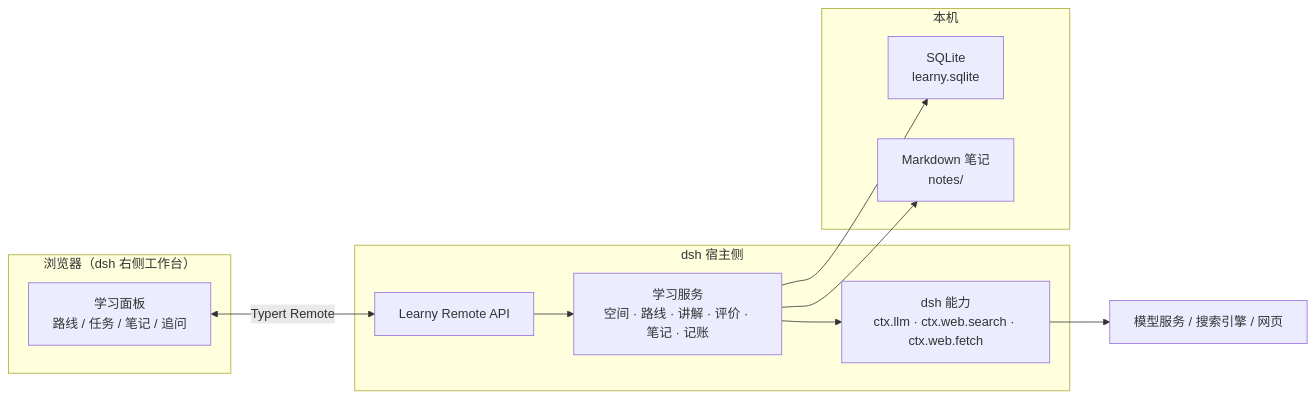
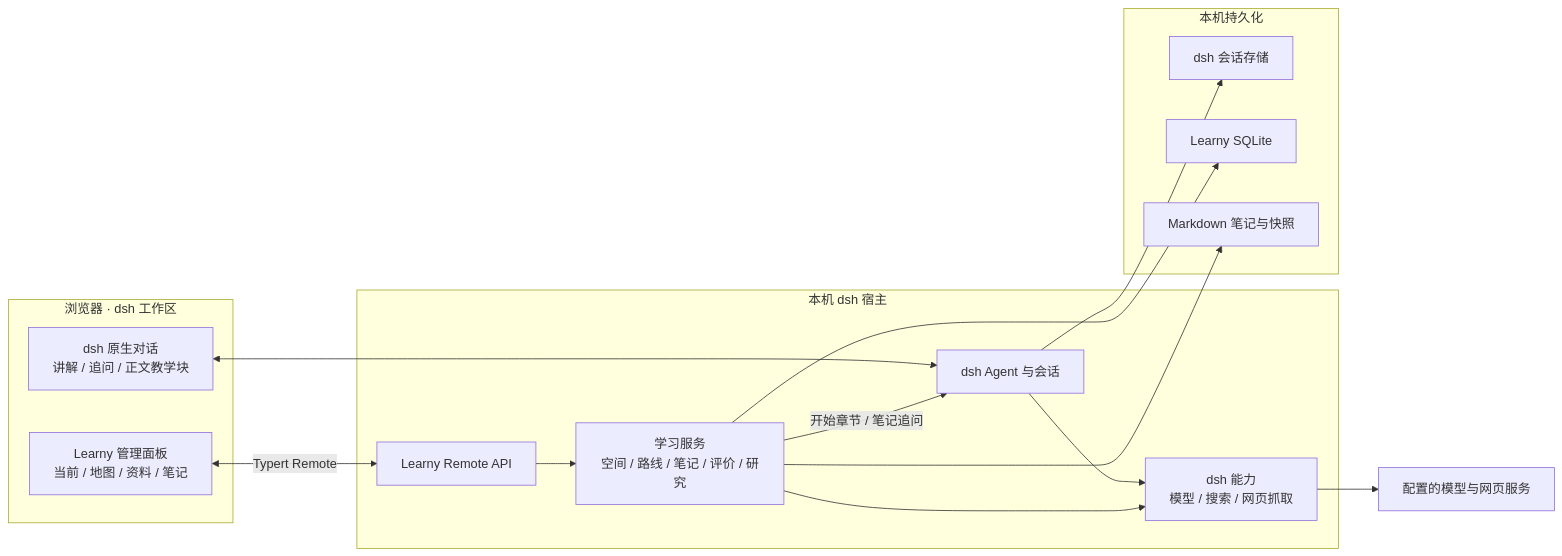
Before and after one commit to Magic-lem/learny: the first of 2 diagrams in docs/architecture.md, drawn with Mermaid. The commit also changed other lines of this file and 7 other files, not shown here.

````diff
--- a/docs/architecture.md
+++ b/docs/architecture.md
@@ -7,20 +7,28 @@
 ```mermaid
 flowchart LR
-  subgraph browser["浏览器（dsh 右侧工作台）"]
-    UI["学习面板<br/>路线 / 任务 / 笔记 / 追问"]
+  subgraph browser["浏览器 · dsh 工作区"]
+    CHAT["dsh 原生对话<br/>讲解 / 追问 / 正文教学块"]
+    UI["Learny 管理面板<br/>当前 / 地图 / 资料 / 笔记"]
   end
-  subgraph host["dsh 宿主侧"]
+  subgraph host["本机 dsh 宿主"]
+    AGENT["dsh Agent 与会话"]
     RPC["Learny Remote API"]
-    CORE["学习服务<br/>空间 · 路线 · 讲解 · 评价 · 笔记 · 记账"]
-    DSH["dsh 能力<br/>ctx.llm · ctx.web.search · ctx.web.fetch"]
+    CORE["学习服务<br/>空间 / 路线 / 笔记 / 评价 / 研究"]
+    DSH["dsh 能力<br/>模型 / 搜索 / 网页抓取"]
   end
-  subgraph local["本机"]
-    DB["SQLite<br/>learny.sqlite"]
-    MD["Markdown 笔记<br/>notes/"]
+  subgraph local["本机持久化"]
+    SESSION["dsh 会话存储"]
+    DB["Learny SQLite"]
+    MD["Markdown 笔记与快照"]
   end
-  UI <-->|Typert Remote| RPC --> CORE
+  CHAT <--> AGENT
+  UI <-->|Typert Remote| RPC
+  RPC --> CORE
+  CORE -->|开始章节 / 笔记追问| AGENT
+  AGENT --> SESSION
+  AGENT --> DSH
   CORE --> DSH
   CORE --> DB
   CORE --> MD
-  DSH --> EXT["模型服务 / 搜索引擎 / 网页"]
+  DSH --> EXT["配置的模型与网页服务"]
 ```
````
